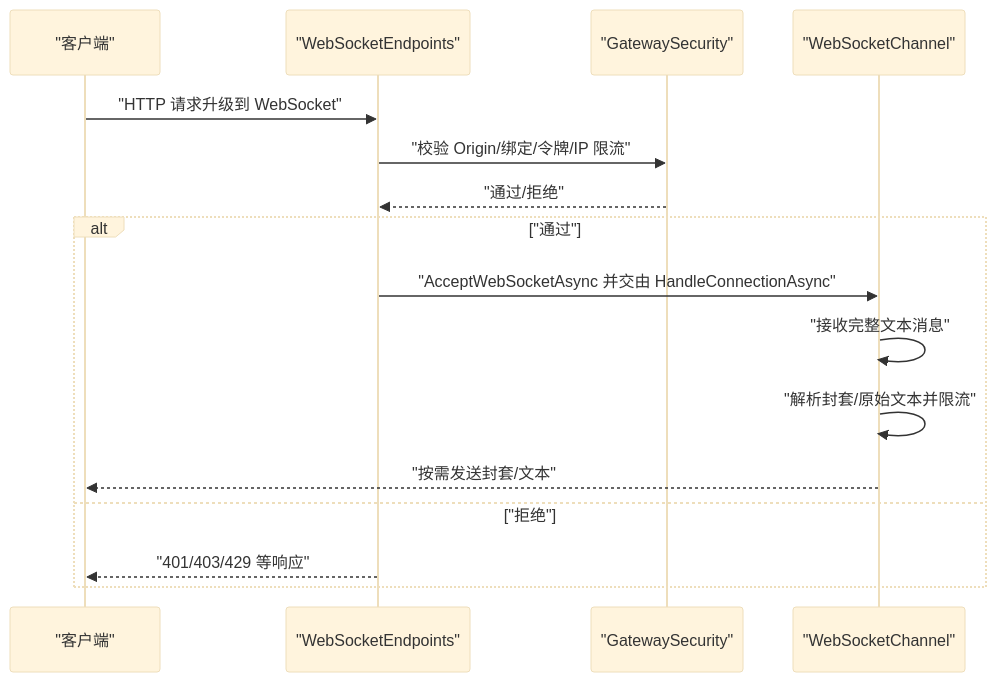
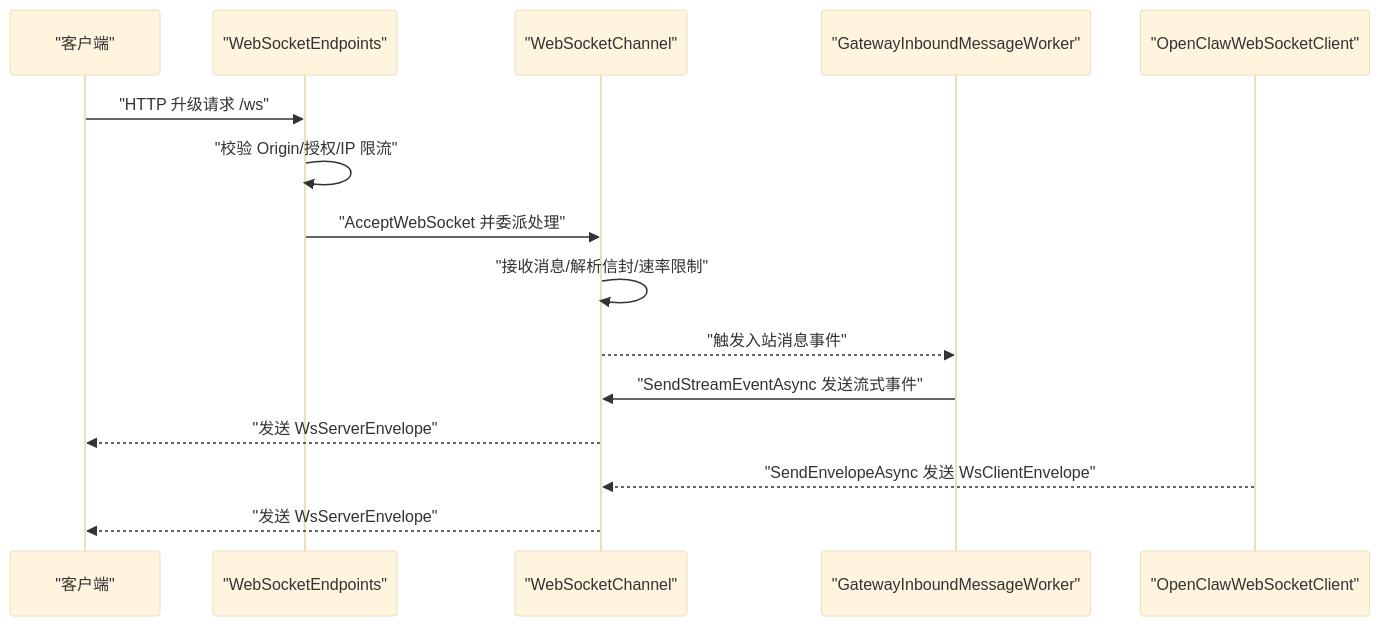
The second of 8 diagrams in .qoder/repowiki/zh/content/API 参考/WebSocket API.md (wayyet/kingcrab), drawn with Mermaid (base theme) before and after one commit. The commit also changed other lines of this file and 431 other files, not shown here.

````diff
--- a/.qoder/repowiki/zh/content/API 参考/WebSocket API.md
+++ b/.qoder/repowiki/zh/content/API 参考/WebSocket API.md
@@ -107,18 +108,17 @@
 ```mermaid
 sequenceDiagram
-participant C as "客户端"
-participant EP as "WebSocketEndpoints"
-participant SEC as "GatewaySecurity"
+participant Client as "客户端"
+participant GWEP as "WebSocketEndpoints"
 participant CH as "WebSocketChannel"
-C->>EP : "HTTP 请求升级到 WebSocket"
-EP->>SEC : "校验 Origin/绑定/令牌/IP 限流"
-SEC-->>EP : "通过/拒绝"
-alt "通过"
-EP->>CH : "AcceptWebSocketAsync 并交由 HandleConnectionAsync"
-CH->>CH : "接收完整文本消息"
-CH->>CH : "解析封套/原始文本并限流"
-CH-->>C : "按需发送封套/文本"
-else "拒绝"
-EP-->>C : "401/403/429 等响应"
-end
+participant RT as "GatewayInboundMessageWorker"
+participant CL as "OpenClawWebSocketClient"
+Client->>GWEP : "HTTP 升级请求 /ws"
+GWEP->>GWEP : "校验 Origin/授权/IP 限流"
+GWEP->>CH : "AcceptWebSocket 并委派处理"
+CH->>CH : "接收消息/解析信封/速率限制"
+CH-->>RT : "触发入站消息事件"
+RT->>CH : "SendStreamEventAsync 发送流式事件"
+CH-->>Client : "发送 WsServerEnvelope"
+CL-->>CH : "SendEnvelopeAsync 发送 WsClientEnvelope"
+CH-->>Client : "发送 WsServerEnvelope"
 ```
````
